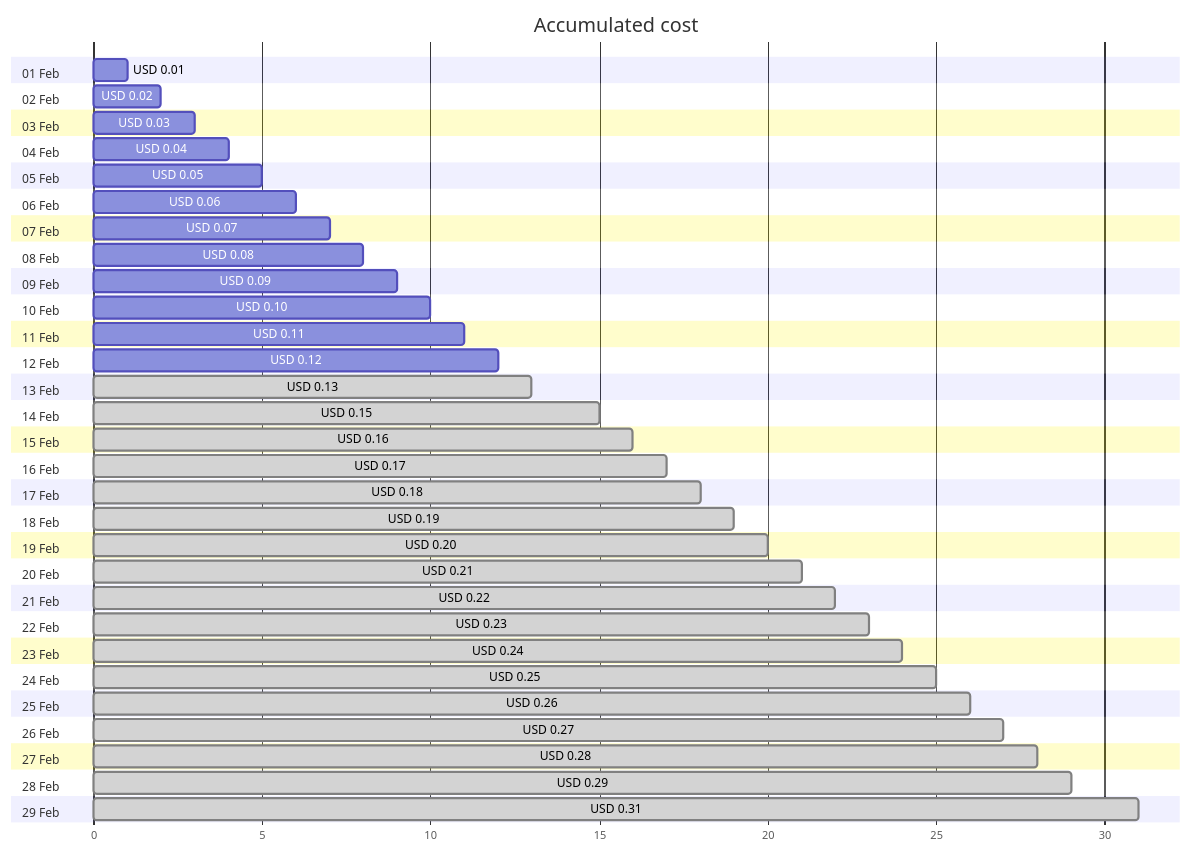
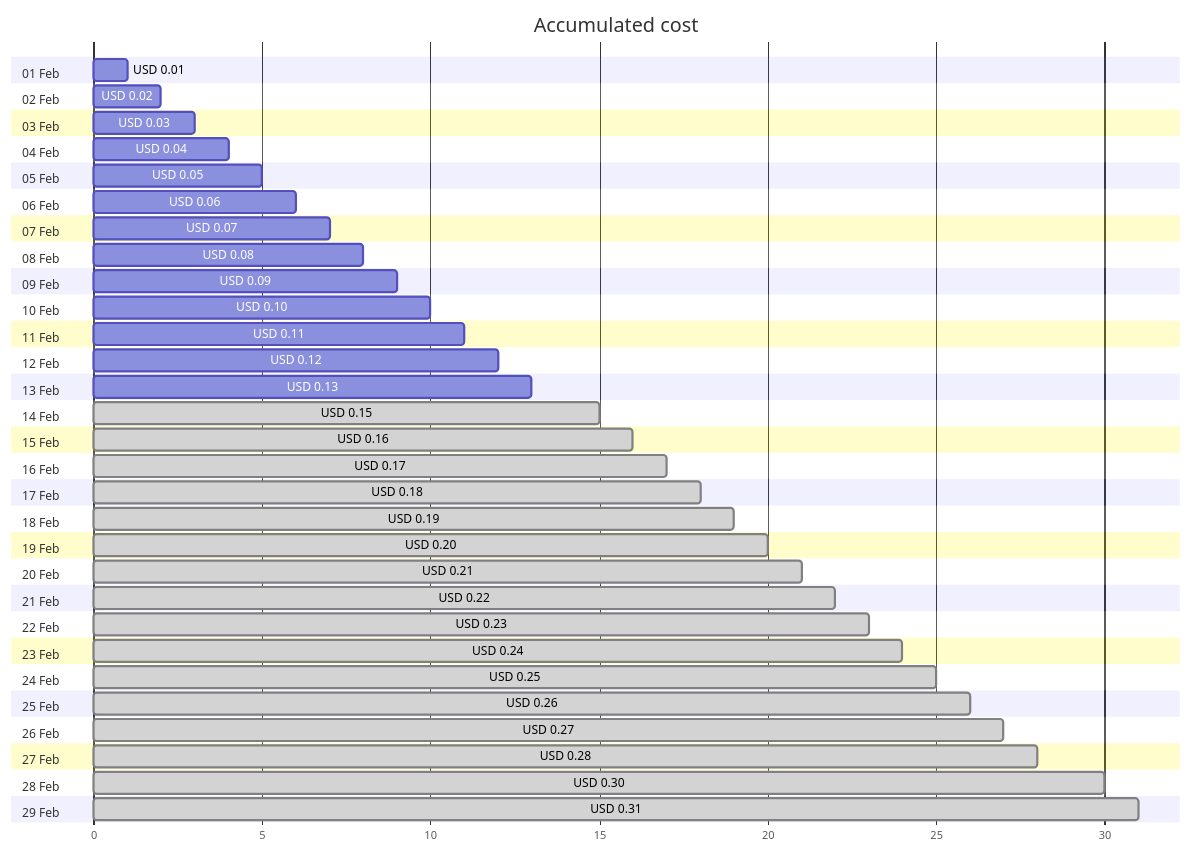
The first of 4 diagrams in cost-reports/cloud-shell-storage-eastus/README.md (jpfulton/azure-personal-reports), drawn with Mermaid before and after one commit. The commit also changed other lines of this file and 1 other file, not shown here.

````diff
--- a/cost-reports/cloud-shell-storage-eastus/README.md
+++ b/cost-reports/cloud-shell-storage-eastus/README.md
@@ -20,64 +20,64 @@
 ```mermaid
 gantt
    title Accumulated cost
    dateFormat  X
    axisFormat %s
    section 01 Feb
    USD 0.01 :0, 1
    section 02 Feb
    USD 0.02 :0, 2
    section 03 Feb
    USD 0.03 :0, 3
    section 04 Feb
    USD 0.04 :0, 4
    section 05 Feb
    USD 0.05 :0, 5
    section 06 Feb
    USD 0.06 :0, 6
    section 07 Feb
    USD 0.07 :0, 7
    section 08 Feb
    USD 0.08 :0, 8
    section 09 Feb
    USD 0.09 :0, 9
    section 10 Feb
    USD 0.10 :0, 10
    section 11 Feb
    USD 0.11 :0, 11
    section 12 Feb
    USD 0.12 :0, 12
    section 13 Feb
-   USD 0.13 : done, 0, 13
+   USD 0.13 :0, 13
    section 14 Feb
    USD 0.15 : done, 0, 15
    section 15 Feb
    USD 0.16 : done, 0, 16
    section 16 Feb
    USD 0.17 : done, 0, 17
    section 17 Feb
    USD 0.18 : done, 0, 18
    section 18 Feb
    USD 0.19 : done, 0, 19
    section 19 Feb
    USD 0.20 : done, 0, 20
    section 20 Feb
    USD 0.21 : done, 0, 21
    section 21 Feb
    USD 0.22 : done, 0, 22
    section 22 Feb
    USD 0.23 : done, 0, 23
    section 23 Feb
    USD 0.24 : done, 0, 24
    section 24 Feb
    USD 0.25 : done, 0, 25
    section 25 Feb
    USD 0.26 : done, 0, 26
    section 26 Feb
    USD 0.27 : done, 0, 27
    section 27 Feb
    USD 0.28 : done, 0, 28
    section 28 Feb
-   USD 0.29 : done, 0, 29
+   USD 0.30 : done, 0, 30
    section 29 Feb
    USD 0.31 : done, 0, 31
 ```
````
